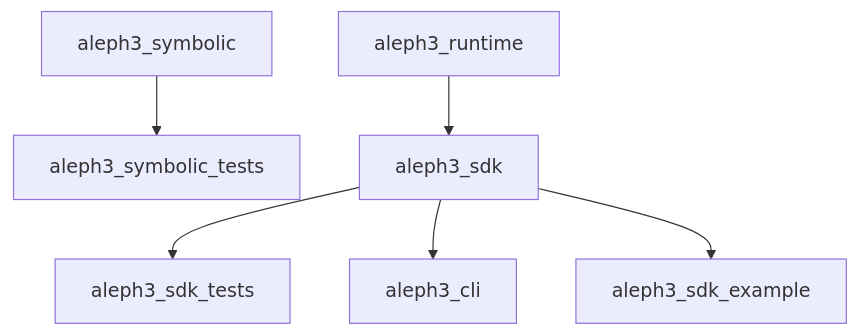
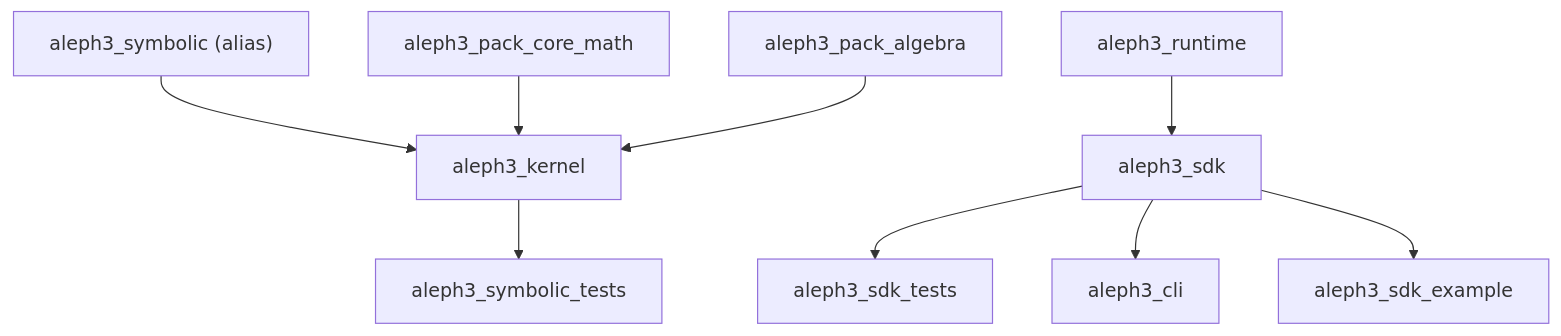
The diagram in docs/sdk/build_and_targets.md (sergiorf/aleph3), drawn with Mermaid before and after one commit. The commit also changed other lines of this file and 4 other files, not shown here.

````diff
--- a/docs/sdk/build_and_targets.md
+++ b/docs/sdk/build_and_targets.md
@@ -40,8 +43,11 @@
 ```mermaid
 flowchart TD
-    Symbolic["aleph3_symbolic"] --> SymbolicTests["aleph3_symbolic_tests"]
+    Kernel["aleph3_kernel"] --> SymbolicTests["aleph3_symbolic_tests"]
+    Symbolic["aleph3_symbolic (alias)"] --> Kernel
+    CoreMath["aleph3_pack_core_math"] --> Kernel
+    Algebra["aleph3_pack_algebra"] --> Kernel
     Runtime["aleph3_runtime"] --> Sdk["aleph3_sdk"]
     Sdk --> SdkTests["aleph3_sdk_tests"]
     Sdk --> Cli["aleph3_cli"]
     Sdk --> Example["aleph3_sdk_example"]
 ```
````
